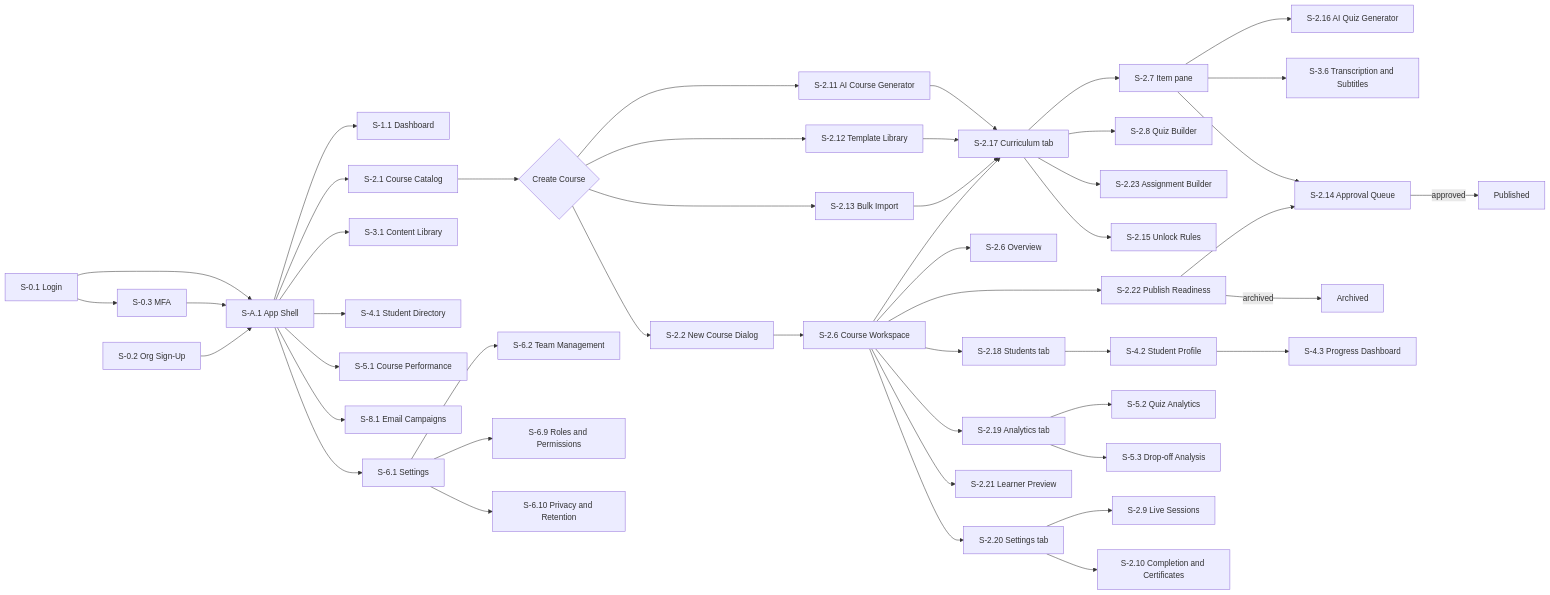
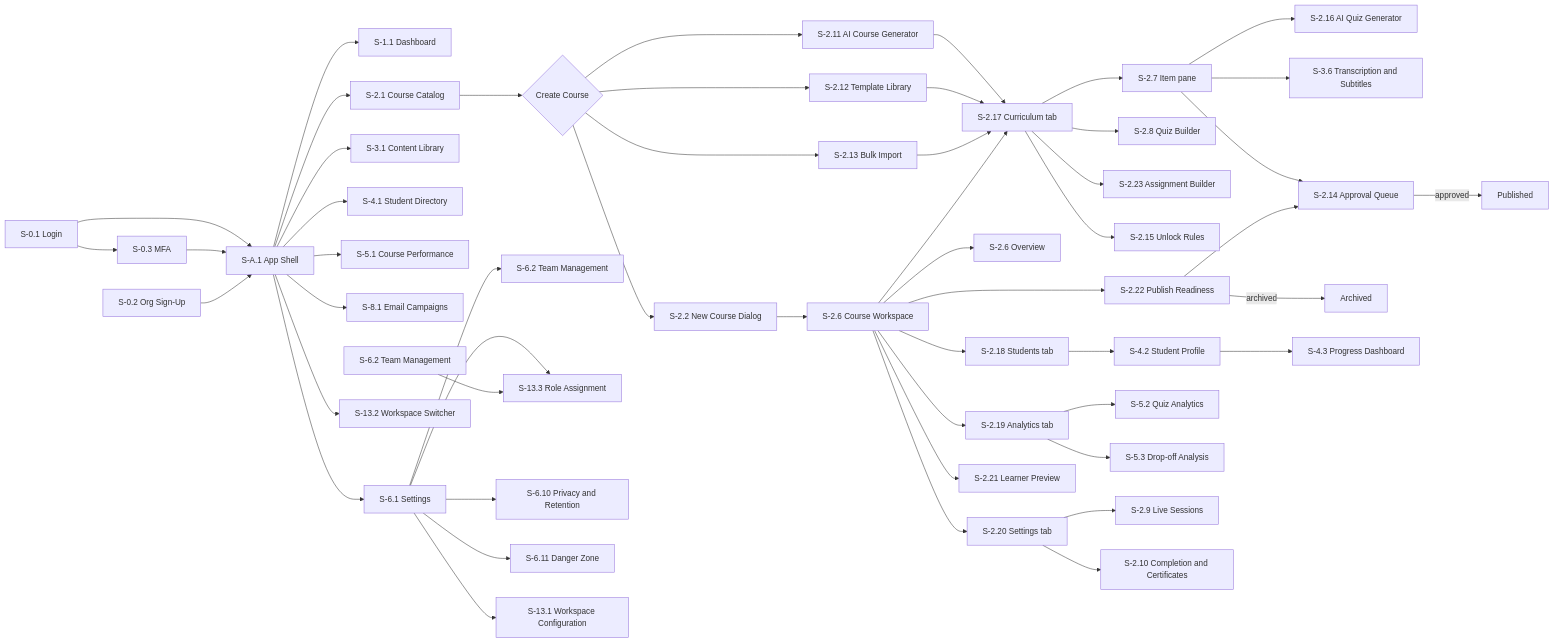
The diagram in app/dashboard/spec /11-Global-Standards.md (mortymith/Abugida-Backend), drawn with Mermaid before and after one commit. The commit also changed other lines of this file and 17 other files, not shown here.

````diff
--- a/app/dashboard/spec /11-Global-Standards.md
+++ b/app/dashboard/spec /11-Global-Standards.md
@@ -238,49 +410,53 @@
 ```mermaid
 flowchart LR
     Login[S-0.1 Login] --> MFA[S-0.3 MFA]
     Login --> Shell[S-A.1 App Shell]
     MFA --> Shell
     SignUp[S-0.2 Org Sign-Up] --> Shell
     Shell --> Dash[S-1.1 Dashboard]
     Shell --> Courses[S-2.1 Course Catalog]
     Shell --> Library[S-3.1 Content Library]
     Shell --> Students[S-4.1 Student Directory]
     Shell --> Analytics[S-5.1 Course Performance]
     Shell --> Marketing[S-8.1 Email Campaigns]
     Shell --> Settings[S-6.1 Settings]
     Courses --> CreateMenu{Create Course}
     CreateMenu --> NewCourse[S-2.2 New Course Dialog]
     CreateMenu --> AICourse[S-2.11 AI Course Generator]
     CreateMenu --> Templates[S-2.12 Template Library]
     CreateMenu --> Bulk[S-2.13 Bulk Import]
     NewCourse --> WS[S-2.6 Course Workspace]
     AICourse --> Curric[S-2.17 Curriculum tab]
     Templates --> Curric
     Bulk --> Curric
     WS --> Overview[S-2.6 Overview]
     WS --> Curric
     WS --> WStudents[S-2.18 Students tab]
     WS --> WAnalytics[S-2.19 Analytics tab]
     WS --> WSettings[S-2.20 Settings tab]
     Curric --> Item[S-2.7 Item pane]
     Curric --> Quiz[S-2.8 Quiz Builder]
     Curric --> Assign[S-2.23 Assignment Builder]
     Item --> AIQuiz[S-2.16 AI Quiz Generator]
     Item --> Transcribe[S-3.6 Transcription and Subtitles]
     Curric --> Rules[S-2.15 Unlock Rules]
     WS --> Preview[S-2.21 Learner Preview]
     WS --> Publish[S-2.22 Publish Readiness]
     Item --> Submit[S-2.14 Approval Queue]
     Publish --> Submit
     Submit -->|approved| Live[Published]
     Publish -->|archived| Archived[Archived]
     WStudents --> Profile[S-4.2 Student Profile]
     Profile --> Progress[S-4.3 Progress Dashboard]
     WAnalytics --> QuizA[S-5.2 Quiz Analytics]
     WAnalytics --> DropOff[S-5.3 Drop-off Analysis]
     WSettings --> Sessions[S-2.9 Live Sessions]
     WSettings --> Certs[S-2.10 Completion and Certificates]
     Settings --> Team[S-6.2 Team Management]
     Settings --> Roles[S-6.9 Roles and Permissions]
     Settings --> Privacy[S-6.10 Privacy and Retention]
+    Settings --> Danger[S-6.11 Danger Zone]
+    Shell --> WsSwitch[S-13.2 Workspace Switcher]
+    Settings --> WsConfig[S-13.1 Workspace Configuration]
+    TeamMgmt[S-6.2 Team Management] --> Roles[S-13.3 Role Assignment]
 ```
````
